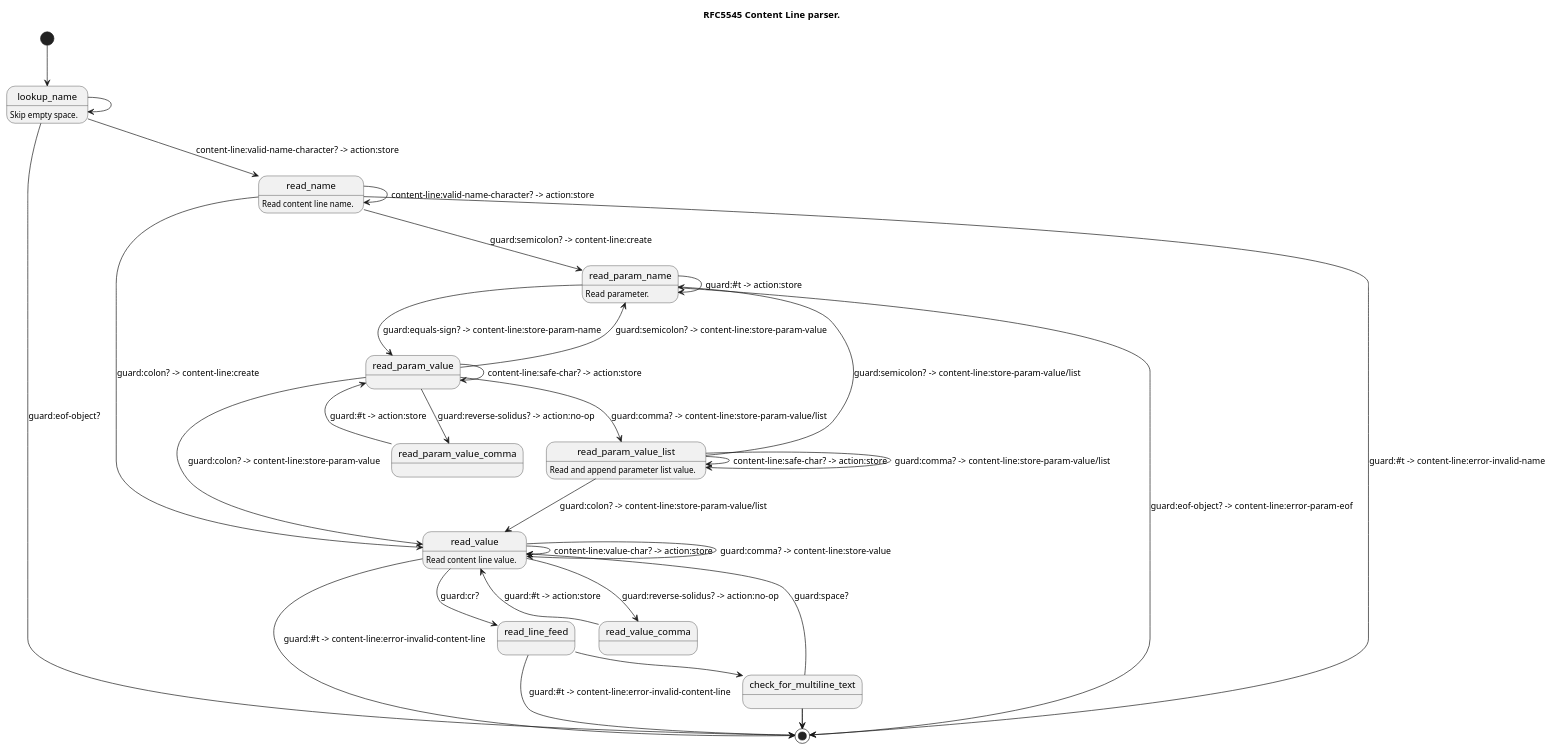
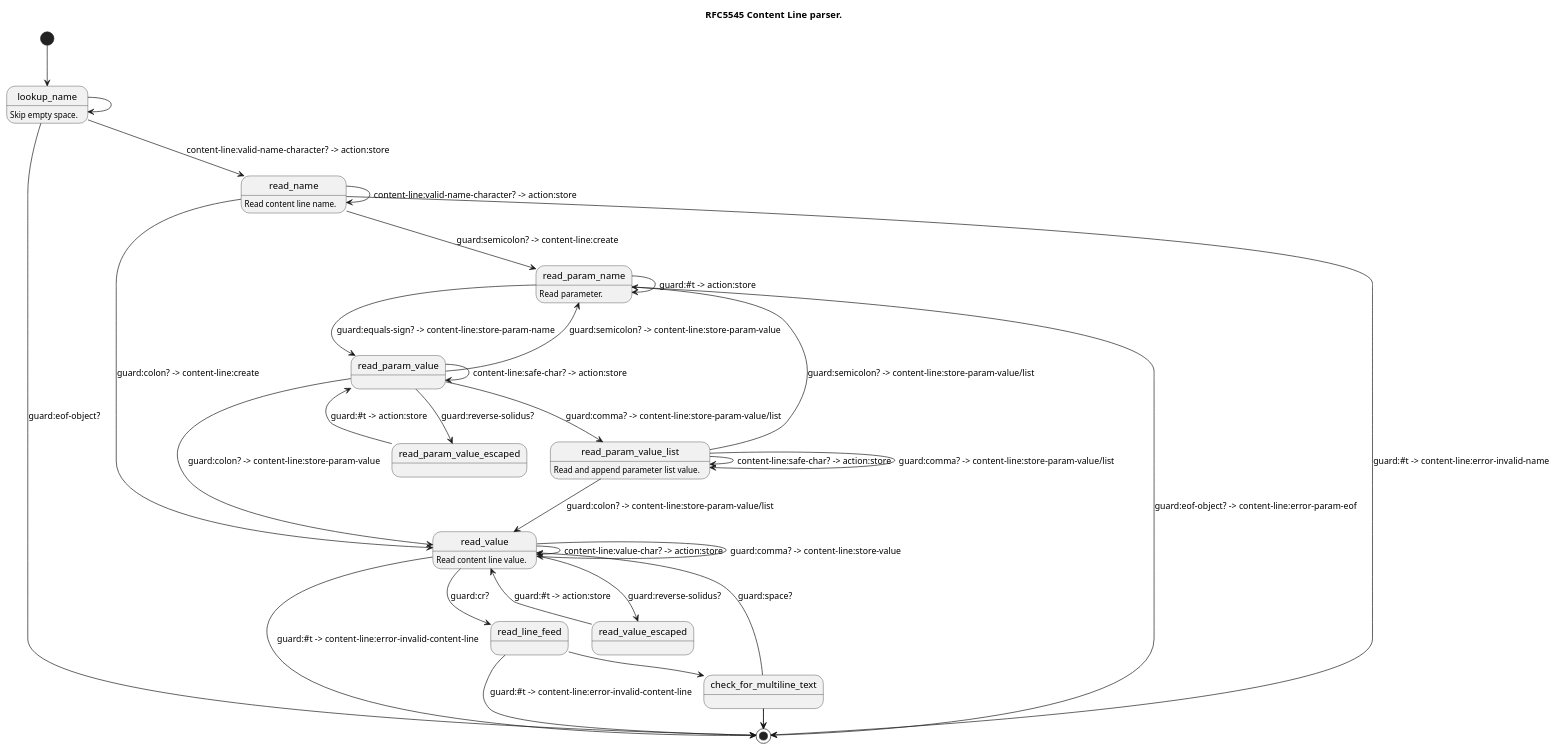
The diagram in modules/ics/fsm/content-line-parser.puml (artyom-poptsov/guile-ics), drawn with PlantUML before and after one commit.

Commit message:
modules/ics/fsm/content-line-parser.puml: Improve

```diff
--- a/modules/ics/fsm/content-line-parser.puml
+++ b/modules/ics/fsm/content-line-parser.puml
@@ -1,94 +1,94 @@
 @startuml
 title RFC5545 Content Line parser.
 
 ' ---------------------------------------------------------------------------
 ' Content Line ABNF:
 '   contentline   = name *(";" param ) ":" value CRLF
 '
 ' <https://datatracker.ietf.org/doc/html/rfc5545#section-3.1>
 
 [*] --> lookup_name
 
 ' ---------------------------------------------------------------------------
 ' name          = iana-token / x-name
 ' iana-token    = 1*(ALPHA / DIGIT / "-")
 '   ; iCalendar identifier registered with IANA
 '
 ' x-name        = "X-" [vendorid "-"] 1*(ALPHA / DIGIT / "-")
 '   ; Reserved for experimental use.
 ' vendorid      = 3*(ALPHA / DIGIT)
 '   ; Vendor identification
 
 lookup_name: Skip empty space.
 lookup_name --> [*]: guard:eof-object?
 lookup_name --> read_name: content-line:valid-name-character? -> action:store
 lookup_name ->  lookup_name
 
 read_name: Read content line name.
 read_name --> read_param_name: guard:semicolon? -> content-line:create
 read_name --> read_value:      guard:colon? -> content-line:create
 read_name --> read_name:       content-line:valid-name-character? -> action:store
 read_name --> [*]:             guard:#t -> content-line:error-invalid-name
 
 ' ---------------------------------------------------------------------------
 ' param         = param-name "=" param-value *("," param-value)
 ' param-name    = iana-token / x-name
 
 read_param_name: Read parameter.
 read_param_name --> read_param_value: guard:equals-sign? -> content-line:store-param-name
 read_param_name --> [*]:              guard:eof-object? -> content-line:error-param-eof
 read_param_name ->  read_param_name:  guard:#t -> action:store
 
 ' ---------------------------------------------------------------------------
 ' param-value   = paramtext / quoted-string
 ' paramtext     = *SAFE-CHAR
 ' quoted-string = DQUOTE *QSAFE-CHAR DQUOTE
 ' SAFE-CHAR     = WSP / %x21 / %x23-2B / %x2D-39 / %x3C-7E
 '                   / NON-US-ASCII
 ' QSAFE-CHAR    = WSP / %x21 / %x23-7E / NON-US-ASCII
 '   ; Any character except CONTROL and DQUOTE
 
-read_param_value --> read_param_name:        guard:semicolon? -> content-line:store-param-value
-read_param_value --> read_param_value_comma: guard:reverse-solidus? -> action:no-op
-read_param_value --> read_value:             guard:colon? -> content-line:store-param-value
-read_param_value --> read_param_value_list:  guard:comma? -> content-line:store-param-value/list
-read_param_value ->  read_param_value:       content-line:safe-char? -> action:store
+read_param_value --> read_param_name:          guard:semicolon? -> content-line:store-param-value
+read_param_value --> read_param_value_escaped: guard:reverse-solidus?
+read_param_value --> read_value:               guard:colon? -> content-line:store-param-value
+read_param_value --> read_param_value_list:    guard:comma? -> content-line:store-param-value/list
+read_param_value ->  read_param_value:         content-line:safe-char? -> action:store
 
-read_param_value_comma --> read_param_value: guard:#t -> action:store
+read_param_value_escaped --> read_param_value: guard:#t -> action:store
 
 ' ---------------------------------------------------------------------------
 ' List and Field Separators:
 ' <https://datatracker.ietf.org/doc/html/rfc5545#section-3.1.1>
 
 read_param_value_list: Read and append parameter list value.
 read_param_value_list --> read_param_name:       guard:semicolon? -> content-line:store-param-value/list
 read_param_value_list --> read_value:            guard:colon? -> content-line:store-param-value/list
 read_param_value_list --> read_param_value_list: guard:comma? -> content-line:store-param-value/list
 read_param_value_list ->  read_param_value_list: content-line:safe-char? -> action:store
 
 ' ---------------------------------------------------------------------------
 ' VALUE-CHAR    = WSP / %x21-7E / NON-US-ASCII
 '   ; Any textual characters
 ' NON-US-ASCII  = UTF8-2 / UTF8-3 / UTF8-4
 '   ; UTF8-2, UTF8-3, and UTF8-4 are defined in [RFC3629]
 '
 ' CONTROL       = %x00-08 / %x0A-1F / %x7F
 '   ; All the controls except HTAB
 
 read_value: Read content line value.
-read_value --> read_line_feed:   guard:cr?
-read_value --> read_value_comma: guard:reverse-solidus? -> action:no-op
-read_value --> read_value:       guard:comma? -> content-line:store-value
-read_value ->  read_value:       content-line:value-char? -> action:store
-read_value --> [*]:              guard:#t -> content-line:error-invalid-content-line
+read_value --> read_line_feed:     guard:cr?
+read_value --> read_value_escaped: guard:reverse-solidus?
+read_value --> read_value:         guard:comma? -> content-line:store-value
+read_value ->  read_value:         content-line:value-char? -> action:store
+read_value --> [*]:                guard:#t -> content-line:error-invalid-content-line
 
-read_value_comma --> read_value: guard:#t -> action:store
+read_value_escaped --> read_value: guard:#t -> action:store
 
 read_line_feed ->  check_for_multiline_text: guard:lf?
 read_line_feed --> [*]: guard:#t -> content-line:error-invalid-content-line
 
 check_for_multiline_text -> [*]: guard:eof-object? -> content-line:store-value
 check_for_multiline_text -> read_value: guard:space?
 check_for_multiline_text -> [*]: guard:#t -> content-line:store-value/unget-char
 
 @enduml
```
